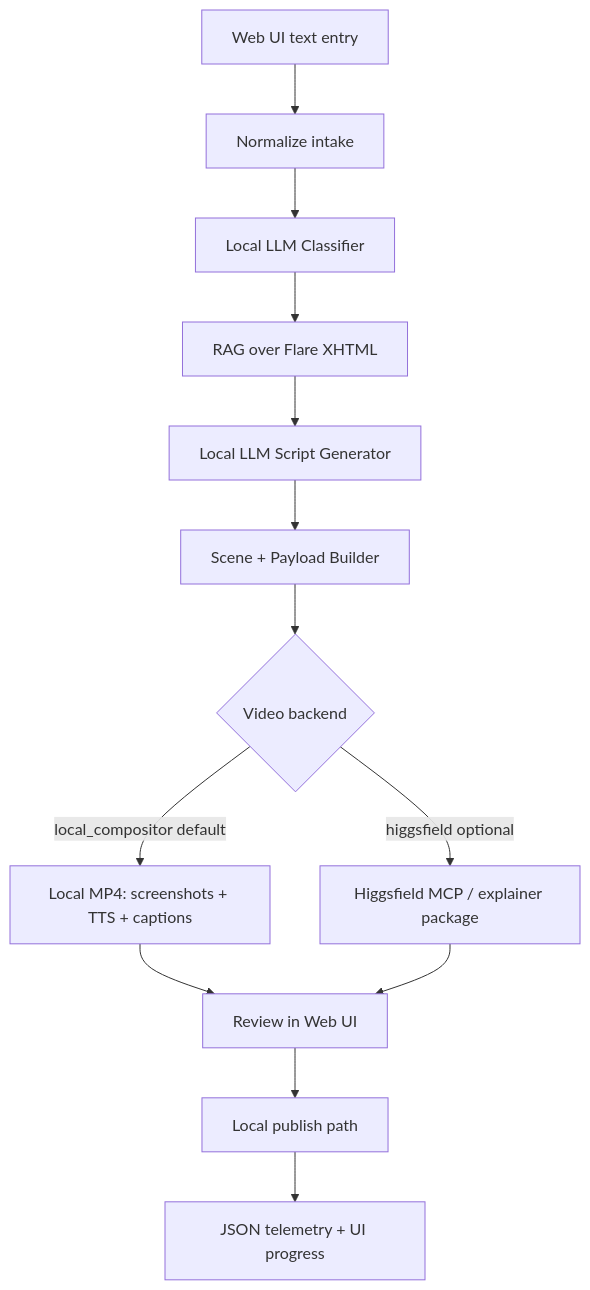
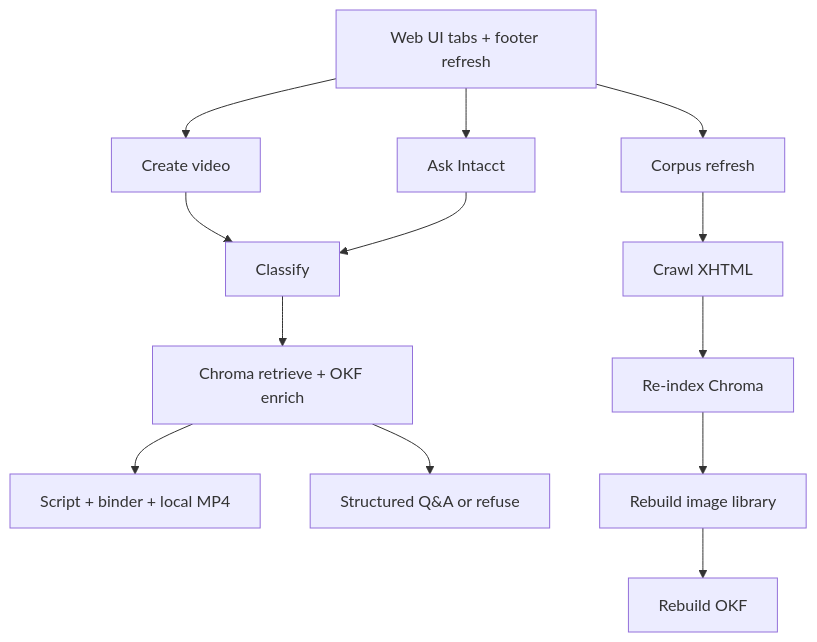
The diagram in readme.md (Ben408/SI-VidGen), drawn with Mermaid before and after one commit. The commit also changed other lines of this file and 38 other files, not shown here.

First line of the commit message:
Add Ask Intacct Q&A, OKF grounding, and corpus refresh for Knowledge Studio.

````diff
--- a/readme.md
+++ b/readme.md
@@ -99,15 +48,16 @@
 ```mermaid
 flowchart TD
-    A[Web UI text entry] --> B[Normalize intake]
-    B --> C[Local LLM Classifier]
-    C --> D[RAG over Flare XHTML]
-    D --> E[Local LLM Script Generator]
-    E --> F[Scene + Payload Builder]
-    F --> G{Video backend}
-    G -->|local_compositor default| H[Local MP4: screenshots + TTS + captions]
-    G -->|higgsfield optional| I[Higgsfield MCP / explainer package]
-    H --> J[Review in Web UI]
-    I --> J
-    J --> K[Local publish path]
-    K --> L[JSON telemetry + UI progress]
+    UI[Web UI tabs + footer refresh]
+    UI --> V[Create video]
+    UI --> A[Ask Intacct]
+    UI --> R[Corpus refresh]
+    V --> C[Classify]
+    A --> C
+    C --> RAG[Chroma retrieve + OKF enrich]
+    RAG --> S[Script + binder + local MP4]
+    RAG --> Q[Structured Q&A or refuse]
+    R --> Crawl[Crawl XHTML]
+    Crawl --> Idx[Re-index Chroma]
+    Idx --> Img[Rebuild image library]
+    Img --> OKF[Rebuild OKF]
 ```
````
